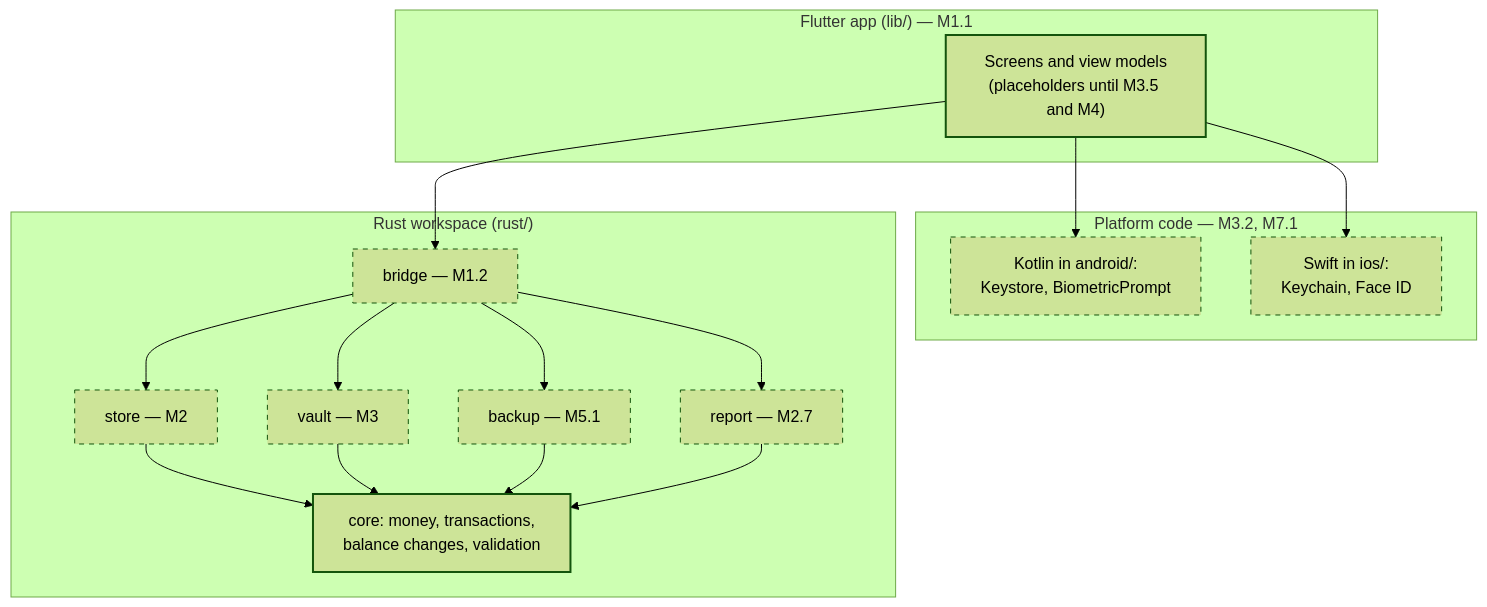
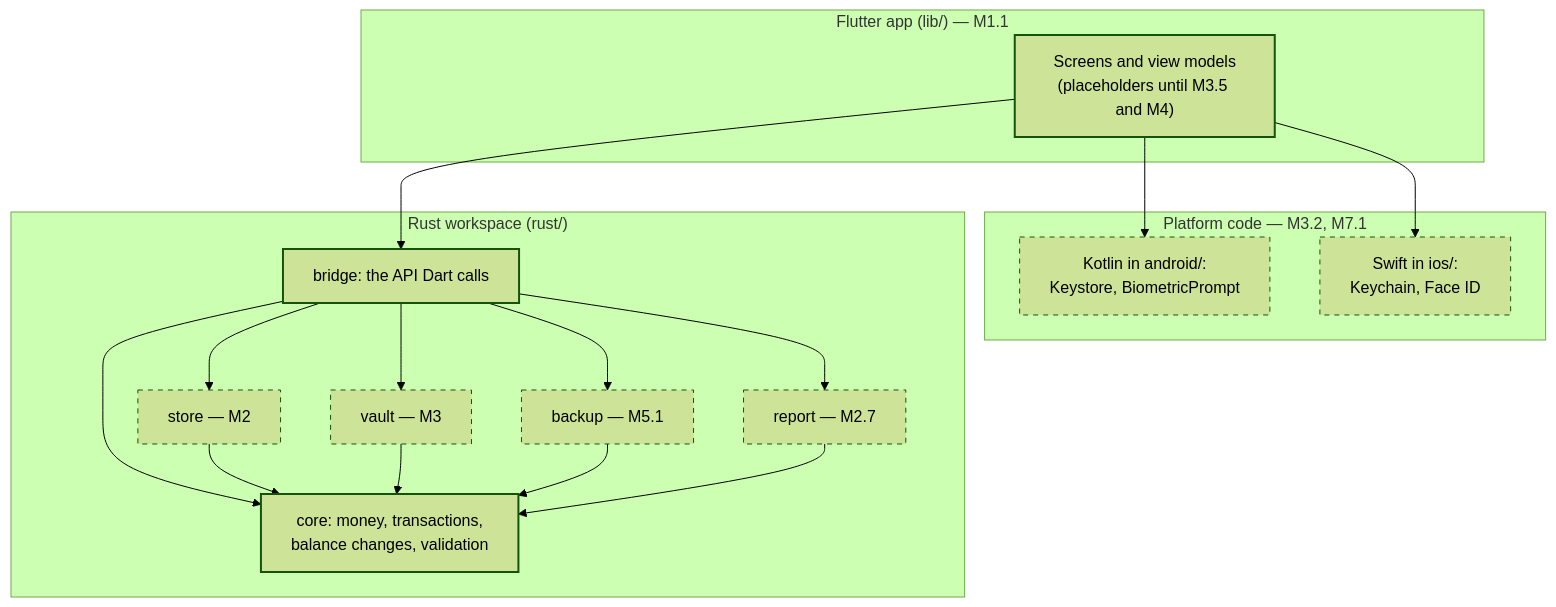
One commit to jabbott-iii/DenariiDolor changed the diagram in docs/01-architecture.md. Above: the diagram before and after it, drawn with Mermaid (forest theme). The commit also changed other lines of this file and 42 other files, not shown here.

````diff
--- a/docs/01-architecture.md
+++ b/docs/01-architecture.md
@@ -30,34 +30,35 @@
 ```mermaid
 flowchart TB
     subgraph Dart["Flutter app (lib/) — M1.1"]
         UI["Screens and view models<br/>(placeholders until M3.5 and M4)"]
     end
     subgraph Native["Platform code — M3.2, M7.1"]
         KT["Kotlin in android/:<br/>Keystore, BiometricPrompt"]
         SW["Swift in ios/:<br/>Keychain, Face ID"]
     end
     subgraph Rust["Rust workspace (rust/)"]
-        BR["bridge — M1.2"]
+        BR["bridge: the API Dart calls"]
         ST["store — M2"]
         VA["vault — M3"]
         BK["backup — M5.1"]
         RP["report — M2.7"]
         CO["core: money, transactions,<br/>balance changes, validation"]
     end
     UI --> BR
     UI --> KT
     UI --> SW
     BR --> ST
     BR --> VA
     BR --> BK
     BR --> RP
+    BR --> CO
     ST --> CO
     VA --> CO
     BK --> CO
     RP --> CO
 
     classDef built stroke-width:2px
     classDef planned stroke-dasharray: 5 5
-    class CO,UI built
-    class KT,SW,BR,ST,VA,BK,RP planned
+    class CO,UI,BR built
+    class KT,SW,ST,VA,BK,RP planned
 ```
````
